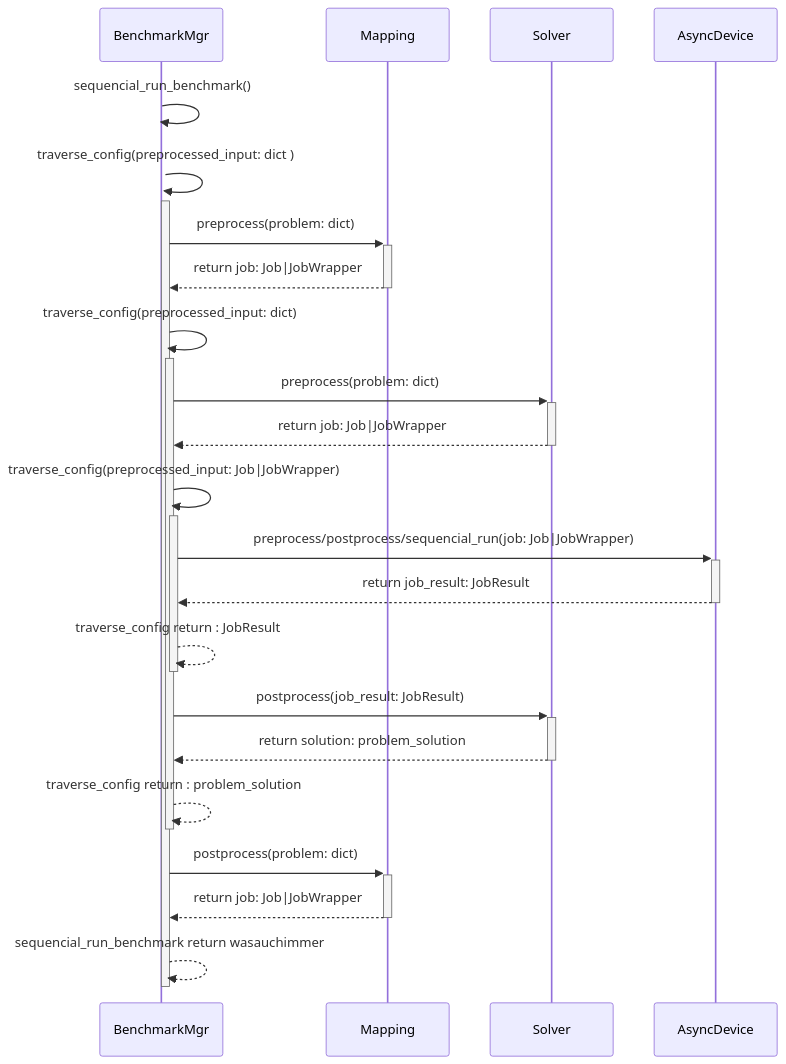
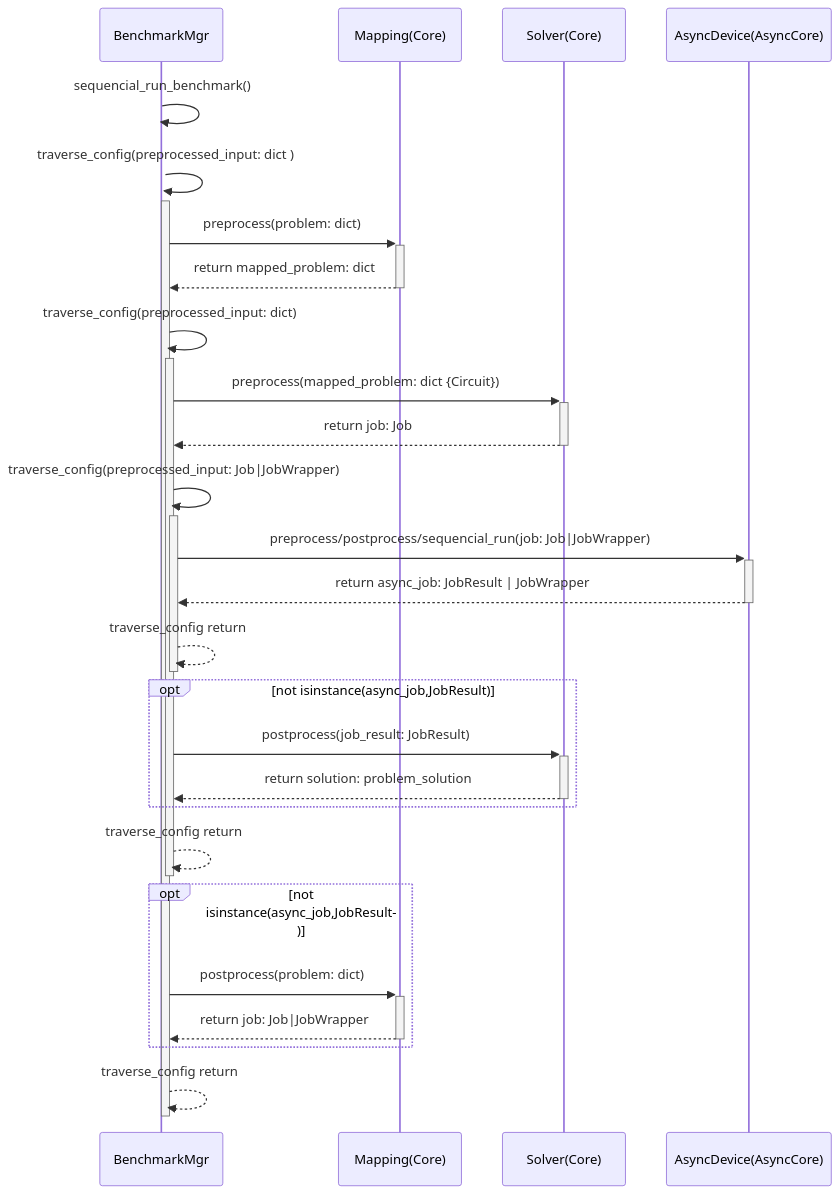
One commit to QUARK-framework/QUARK changed the second of 4 diagrams in src/parallel/anyModule.md. Above: the diagram before and after it, drawn with Mermaid. The commit also changed other lines of this file, not shown here.

Commit message:
update sequence diagram

````diff
--- a/src/parallel/anyModule.md
+++ b/src/parallel/anyModule.md
@@ -61,45 +54,28 @@
 ```mermaid
 sequenceDiagram
 participant BM as BenchmarkMgr
-
-participant MA as Mapping
-participant SO as Solver
-participant AD as AsyncDevice
-
-
-
+participant MA as Mapping(Core)
+participant SO as Solver(Core)
+participant AD as AsyncDevice(AsyncCore)
 BM ->> +BM: sequencial_run_benchmark()
-
-
 BM ->> +BM:traverse_config(preprocessed_input: dict )
-
-
 BM ->> +MA: preprocess(problem: dict)
-MA -->> -BM: return job: Job|JobWrapper
-
+MA -->> -BM: return mapped_problem: dict
 BM ->> +BM:traverse_config(preprocessed_input:  dict)
-BM ->> +SO: preprocess(problem: dict)
-SO -->> -BM: return job: Job|JobWrapper
-
+BM ->> +SO: preprocess(mapped_problem: dict {Circuit})
+SO -->> -BM: return job: Job
 BM ->> +BM:traverse_config(preprocessed_input: Job|JobWrapper)
 BM ->> +AD: preprocess/postprocess/sequencial_run(job: Job|JobWrapper)
-AD -->> -BM: return job_result: JobResult
-
-BM -->> -BM:traverse_config return : JobResult
-
-
+AD -->> -BM: return async_job: JobResult | JobWrapper
+BM -->> -BM:traverse_config return 
+opt not isinstance(async_job,JobResult)
 BM ->> +SO: postprocess(job_result: JobResult)
 SO -->> -BM: return solution: problem_solution
-
-BM -->> -BM:traverse_config return : problem_solution
-
-
-
-
+end
+BM -->> -BM:traverse_config return 
+opt not isinstance(async_job,JobResult)
 BM ->> +MA: postprocess(problem: dict)
 MA -->> -BM: return job: Job|JobWrapper
-
-BM -->> -BM: sequencial_run_benchmark return wasauchimmer
-
-
+end
+BM -->> -BM: traverse_config return 
 ```
````
